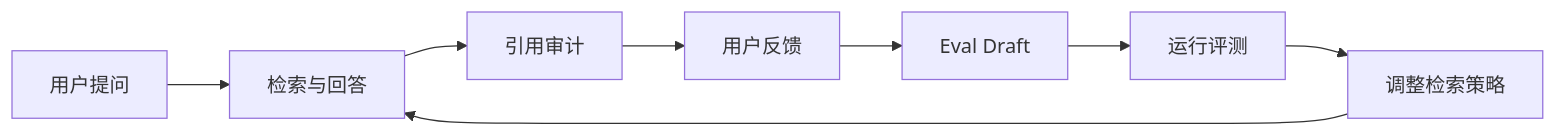
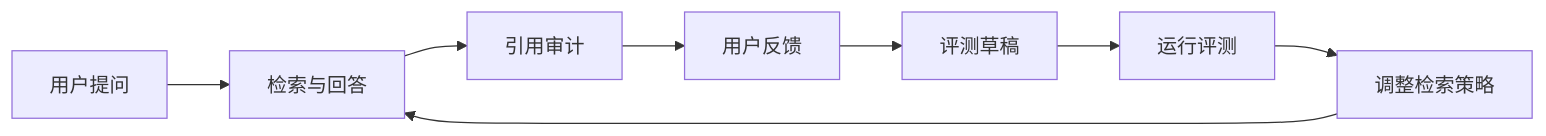
The fifth of 6 diagrams in docs/architecture.md (728792899-create/personal-multimodal-rag), drawn with Mermaid before and after one commit. The commit also changed other lines of this file and 156 other files, not shown here.

````diff
--- a/docs/architecture.md
+++ b/docs/architecture.md
@@ -193,10 +193,10 @@
 ```mermaid
 flowchart LR
   A["用户提问"] --> B["检索与回答"]
   B --> C["引用审计"]
   C --> D["用户反馈"]
-  D --> E["Eval Draft"]
+  D --> E["评测草稿"]
   E --> F["运行评测"]
   F --> G["调整检索策略"]
   G --> B
 ```
````
